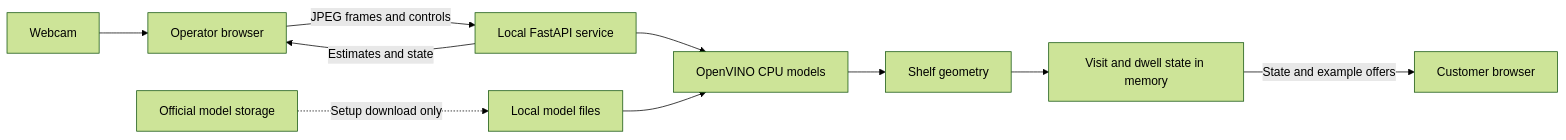
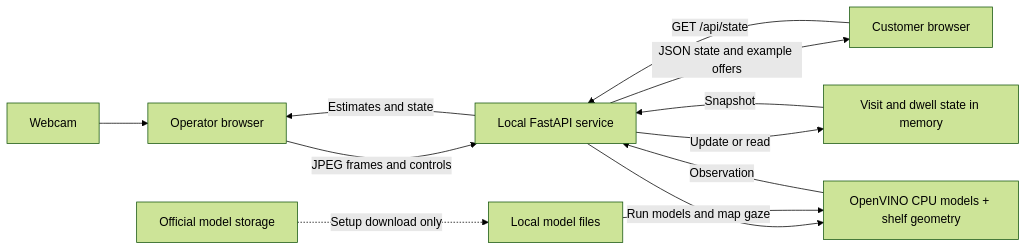
One commit to MasteraSnackin/trace-eat-hack changed the diagram in README.md. Above: the diagram before and after it, drawn with Mermaid (forest theme). The commit also changed other lines of this file and 9 other files, not shown here.

Commit message:
docs: improve setup guidance and map the local architecture

````diff
--- a/README.md
+++ b/README.md
@@ -53,12 +55,14 @@
 ```mermaid
 flowchart LR
     Camera[Webcam] --> Operator[Operator browser]
     Operator -->|JPEG frames and controls| API[Local FastAPI service]
-    API --> Vision[OpenVINO CPU models]
-    Vision --> Geometry[Shelf geometry]
-    Geometry --> Journey[Visit and dwell state in memory]
-    Journey -->|State and example offers| Display[Customer browser]
+    Display[Customer browser] -->|GET /api/state| API
+    API -->|JSON state and example offers| Display
+    API -->|Run models and map gaze| Vision[OpenVINO CPU models + shelf geometry]
+    Vision -->|Observation| API
+    API -->|Update or read| Journey[Visit and dwell state in memory]
+    Journey -->|Snapshot| API
     API -->|Estimates and state| Operator
     Storage[Official model storage] -. Setup download only .-> Files[Local model files]
     Files --> Vision
 ```
````
